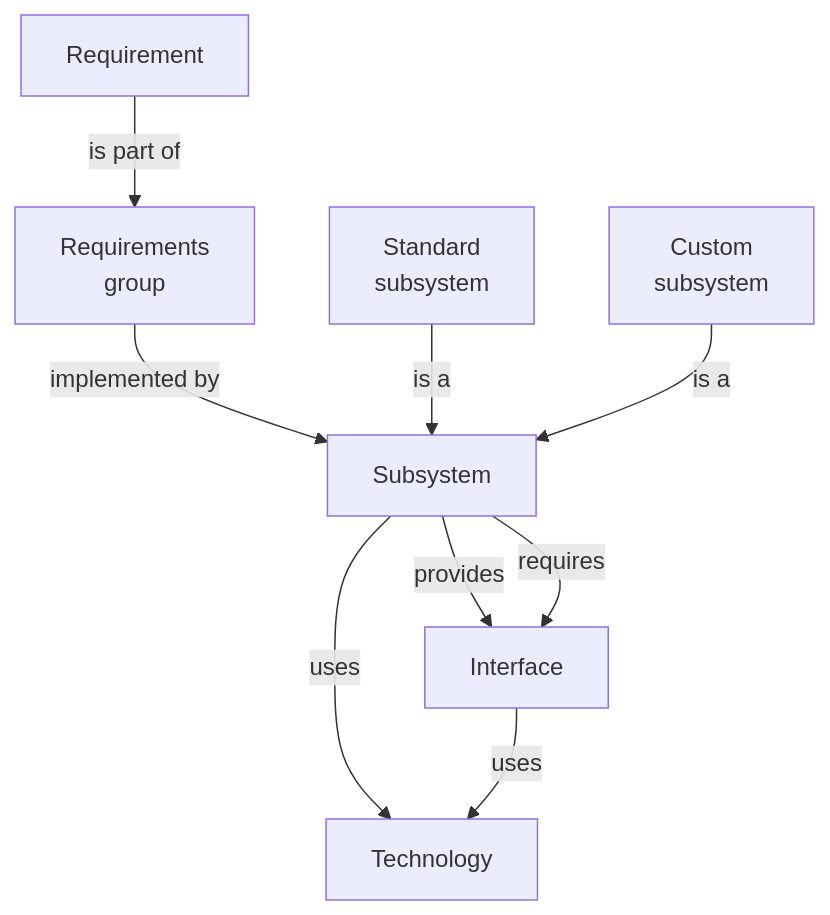
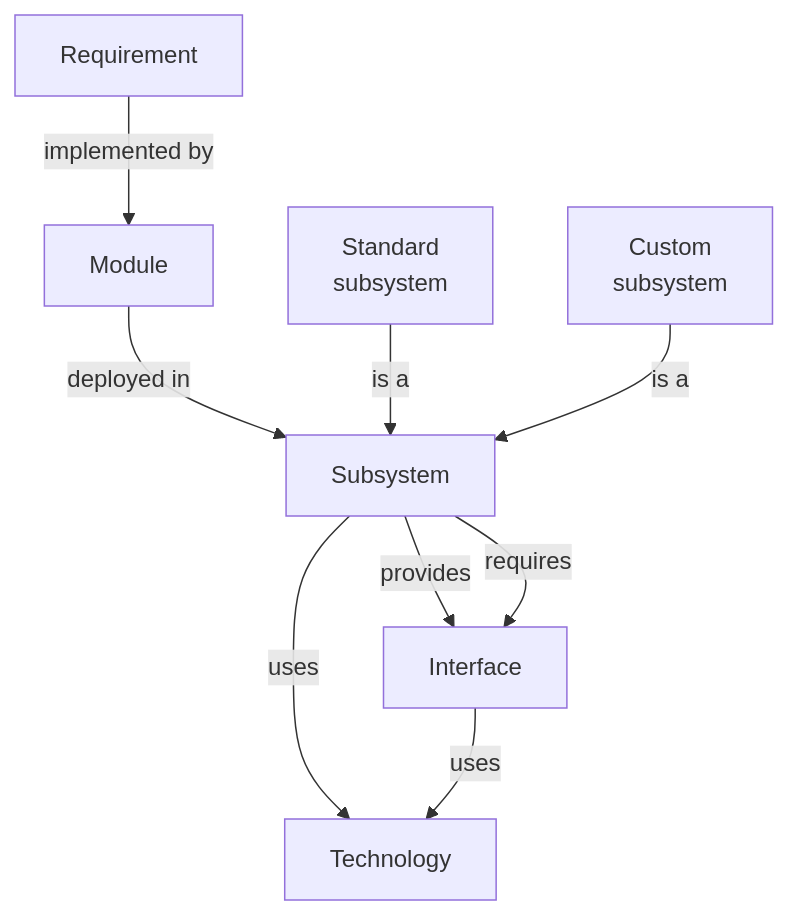
Before and after one commit to setms/book: the first of 2 diagrams in docs/design/analysis.md, drawn with Mermaid. The commit also changed other lines of this file, not shown here.

````diff
--- a/docs/design/analysis.md
+++ b/docs/design/analysis.md
@@ -52,19 +51,19 @@
 ```mermaid
 flowchart TB
   R[Requirement]
-  RG[Requirements\ngroup]
+  M[Module]
   C[Subsystem]
   SC[Standard\nsubsystem]
   CC[Custom\nsubsystem]
   I[Interface]
   T[Technology]
 
-  R --is part of--> RG
-  RG --implemented by--> C
+  R --implemented by--> M
+  M --deployed in--> C
   C --uses--> T
   I --uses--> T
   SC --is a--> C
   CC --is a--> C
   C --provides--> I
   C --requires--> I
 ```
````
